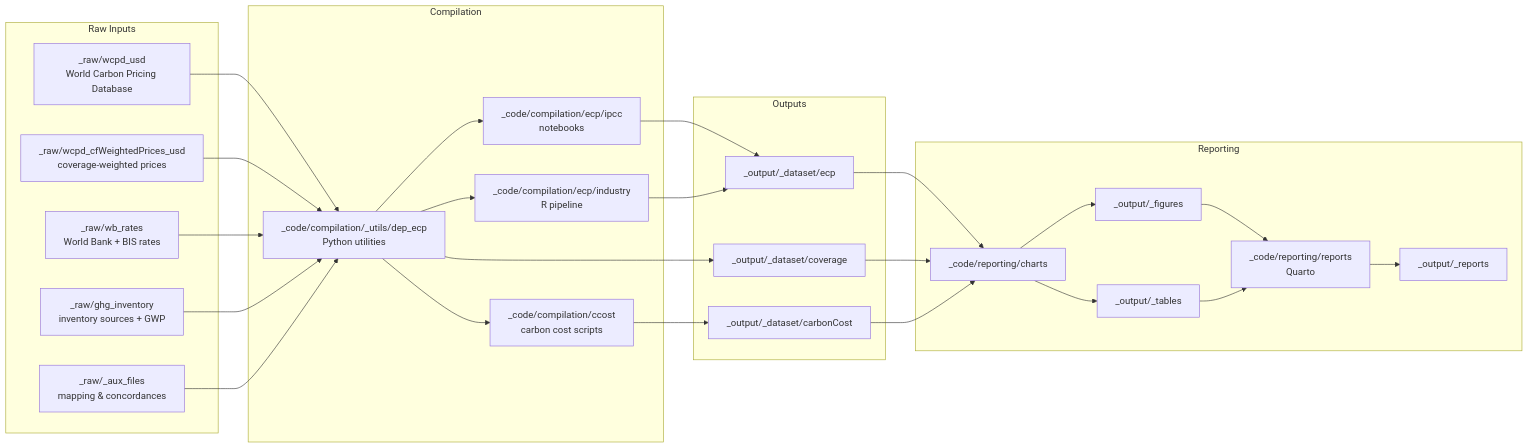
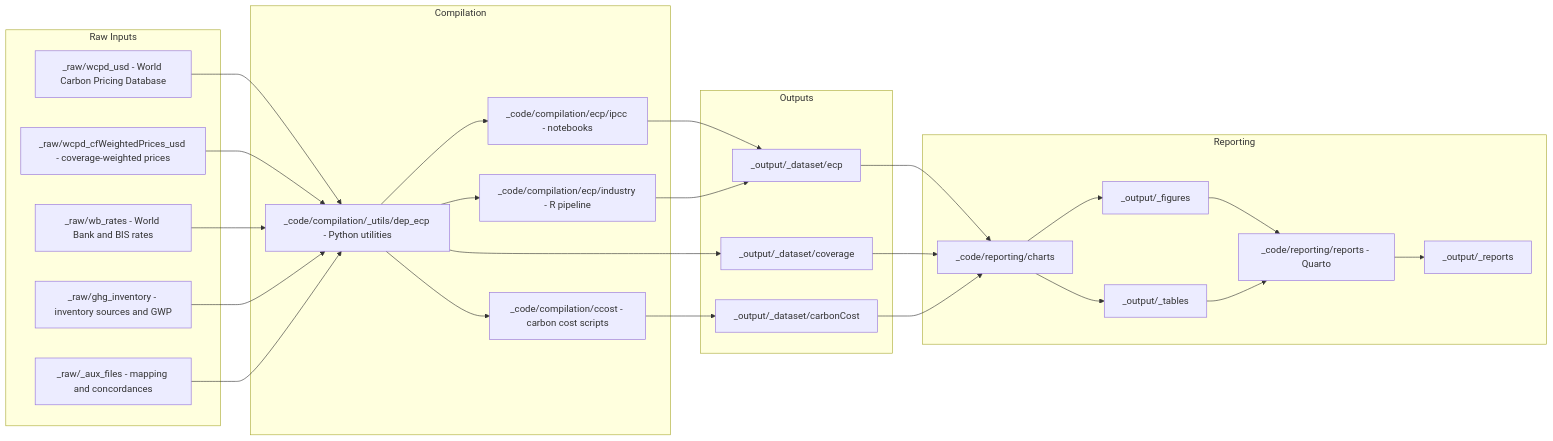
One commit to g-dolphin/ECP changed the diagram in docs/pipeline.md. Above: the diagram before and after it, drawn with Mermaid. The commit also changed 1 other file, not shown here.

Commit message:
edgar gridded emissions data fetch

````diff
--- a/docs/pipeline.md
+++ b/docs/pipeline.md
@@ -12,56 +12,55 @@
-```mermaid
-%%{init: {"flowchart": {"htmlLabels": false}}}%%
+<div class="mermaid">
 flowchart LR
   subgraph "Raw Inputs"
-    WCPD["_raw/wcpd_usd\nWorld Carbon Pricing Database"]
-    WCPD_CF["_raw/wcpd_cfWeightedPrices_usd\ncoverage-weighted prices"]
-    WB["_raw/wb_rates\nWorld Bank + BIS rates"]
-    INV["_raw/ghg_inventory\ninventory sources + GWP"]
-    AUX["_raw/_aux_files\nmapping & concordances"]
+    WCPD["_raw/wcpd_usd - World Carbon Pricing Database"]
+    WCPD_CF["_raw/wcpd_cfWeightedPrices_usd - coverage-weighted prices"]
+    WB["_raw/wb_rates - World Bank and BIS rates"]
+    INV["_raw/ghg_inventory - inventory sources and GWP"]
+    AUX["_raw/_aux_files - mapping and concordances"]
   end
 
   subgraph "Compilation"
-    UTIL["_code/compilation/_utils/dep_ecp\nPython utilities"]
-    IPCC["_code/compilation/ecp/ipcc\nnotebooks"]
-    IND["_code/compilation/ecp/industry\nR pipeline"]
-    CCOST["_code/compilation/ccost\ncarbon cost scripts"]
+    UTIL["_code/compilation/_utils/dep_ecp - Python utilities"]
+    IPCC["_code/compilation/ecp/ipcc - notebooks"]
+    IND["_code/compilation/ecp/industry - R pipeline"]
+    CCOST["_code/compilation/ccost - carbon cost scripts"]
   end
 
   subgraph "Outputs"
     ECP[_output/_dataset/ecp]
     COV[_output/_dataset/coverage]
     CC[_output/_dataset/carbonCost]
   end
 
   subgraph "Reporting"
     CHARTS[_code/reporting/charts]
-    REPORTS["_code/reporting/reports\nQuarto"]
+    REPORTS["_code/reporting/reports - Quarto"]
     FIGS[_output/_figures]
     TABLES[_output/_tables]
     PDFHTML[_output/_reports]
   end
 
   WCPD --> UTIL
   WCPD_CF --> UTIL
   WB --> UTIL
   INV --> UTIL
   AUX --> UTIL
 
   UTIL --> IPCC
   UTIL --> IND
   UTIL --> CCOST
 
   IPCC --> ECP
   IND --> ECP
   UTIL --> COV
   CCOST --> CC
 
   ECP --> CHARTS
   COV --> CHARTS
   CC --> CHARTS
   CHARTS --> FIGS
   CHARTS --> TABLES
   REPORTS --> PDFHTML
   FIGS --> REPORTS
   TABLES --> REPORTS
-```
+</div>
````
